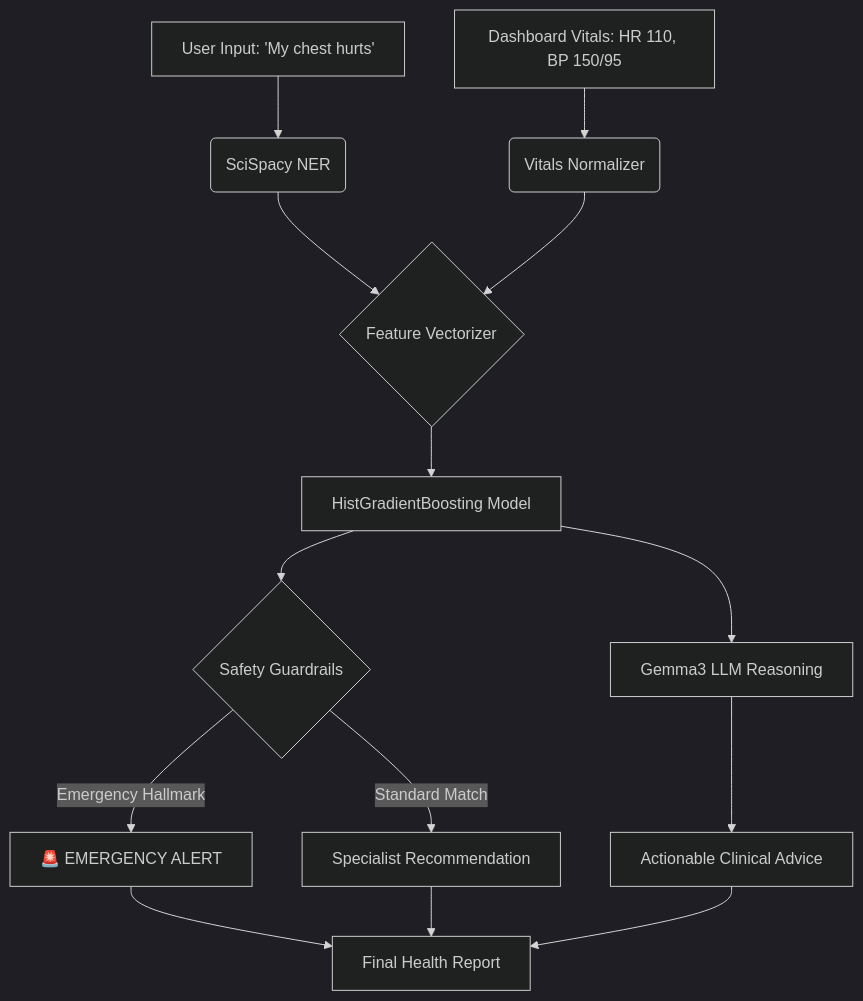
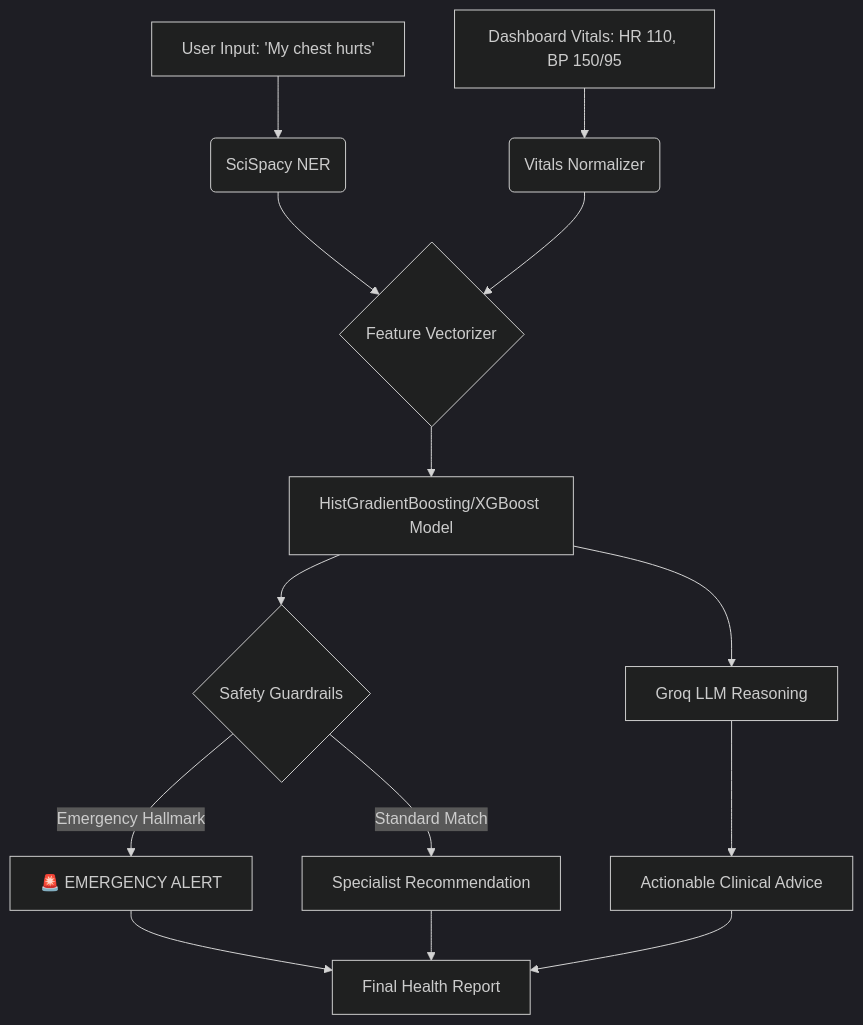
One commit to Sayak-Mandal/FamPlus changed the diagram in server/ai_architecture.md. Above: the diagram before and after it, drawn with Mermaid (dark theme). The commit also changed other lines of this file, not shown here.

Commit message:
docs: update ai_architecture.md to reflect Groq implementation, endpoints, and keep-awake integrations

````diff
--- a/server/ai_architecture.md
+++ b/server/ai_architecture.md
@@ -51,16 +52,16 @@
 ```mermaid
 graph TD
     A[User Input: 'My chest hurts'] --> B(SciSpacy NER)
     V[Dashboard Vitals: HR 110, BP 150/95] --> C(Vitals Normalizer)
     B --> D{Feature Vectorizer}
     C --> D
-    D --> E[HistGradientBoosting Model]
+    D --> E[HistGradientBoosting/XGBoost Model]
     E --> F{Safety Guardrails}
     F -->|Emergency Hallmark| G[🚨 EMERGENCY ALERT]
     F -->|Standard Match| H[Specialist Recommendation]
-    E --> I[Gemma3 LLM Reasoning]
+    E --> I[Groq LLM Reasoning]
     I --> J[Actionable Clinical Advice]
     G --> K[Final Health Report]
     H --> K
     J --> K
 ```
````
